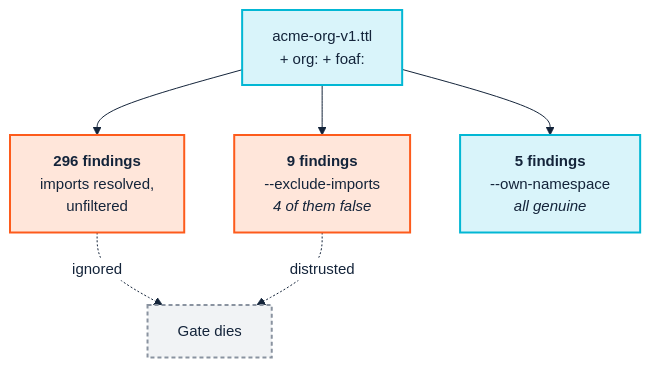
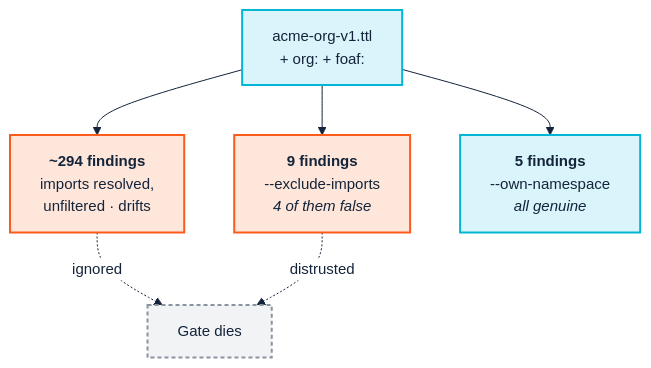
The diagram in docs/09-continuous-integration.md (pwin/SemOpsManual), drawn with Mermaid before and after one commit. The commit also changed other lines of this file and 8 other files, not shown here.

````diff
--- a/docs/09-continuous-integration.md
+++ b/docs/09-continuous-integration.md
@@ -160,24 +185,24 @@
 ```mermaid
 %%{init: {'theme':'base','themeVariables':{
   'fontSize':'15px','fontFamily':'Segoe UI, Helvetica, Arial, sans-serif',
   'lineColor':'#14243A','primaryTextColor':'#14243A',
   'edgeLabelBackground':'#FFFFFF'}}}%%
 flowchart TD
     ONT["acme-org-v1.ttl<br/>+ org: + foaf:"]
 
-    A["<b>296 findings</b><br/>imports resolved,<br/>unfiltered"]
+    A["<b>~294 findings</b><br/>imports resolved,<br/>unfiltered · drifts"]
     B["<b>9 findings</b><br/>--exclude-imports<br/><i>4 of them false</i>"]
     C["<b>5 findings</b><br/>--own-namespace<br/><i>all genuine</i>"]
 
     ONT --> A
     ONT --> B
     ONT --> C
 
     A -.->|"ignored"| DEAD["Gate dies"]
     B -.->|"distrusted"| DEAD
 
     classDef ci fill:#D9F4FA,stroke:#02B7D4,stroke-width:2px,color:#14243A;
     classDef human fill:#FFE6DA,stroke:#FD5B1C,stroke-width:2px,color:#14243A;
     classDef gap fill:#F1F3F5,stroke:#8A93A0,stroke-width:2px,color:#14243A,stroke-dasharray:4 3;
     class ONT ci; class A,B human; class C ci; class DEAD gap;
 ```
````
